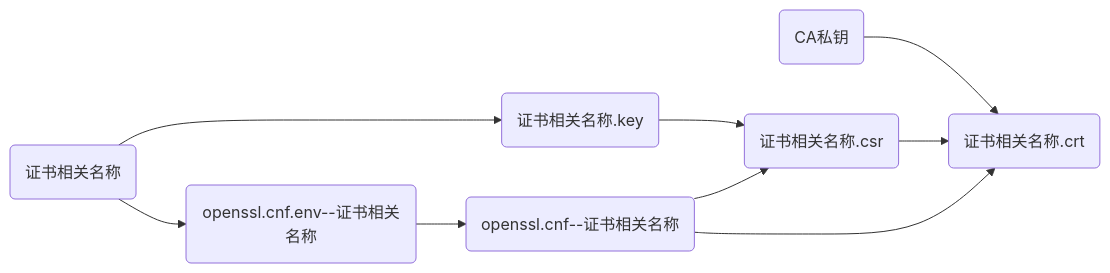
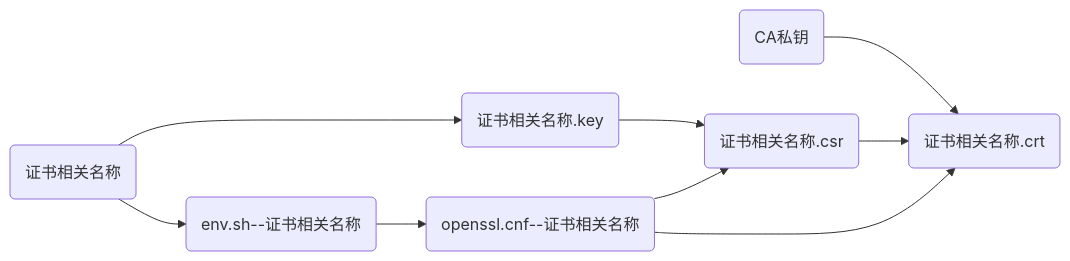
Before and after one commit to kevinzu007/zzxia-openssl-ca-server: the first of 5 diagrams in README.md, drawn with Mermaid. The commit also changed other lines of this file and 7 other files, not shown here.

````diff
--- a/README.md
+++ b/README.md
@@ -115,13 +115,13 @@
 ```mermaid
 graph LR;
 0(CA私钥)
 1(证书相关名称)
 1-->4(证书相关名称.key)
-1-->2(openssl.cnf.env--证书相关名称)
+1-->2(env.sh--证书相关名称)
 2-->3(openssl.cnf--证书相关名称)
 3-->5(证书相关名称.csr)
 4-->5
 5-->6(证书相关名称.crt)
 3-->6
 0-->6
 ```
````
